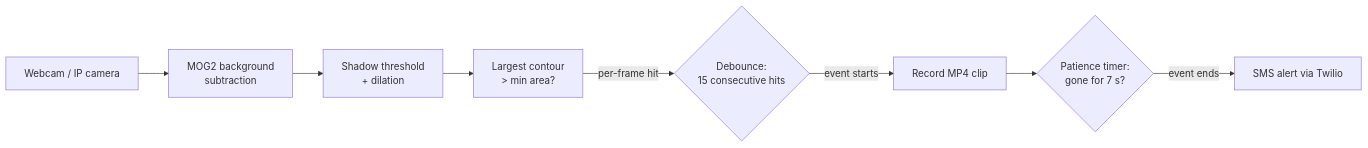
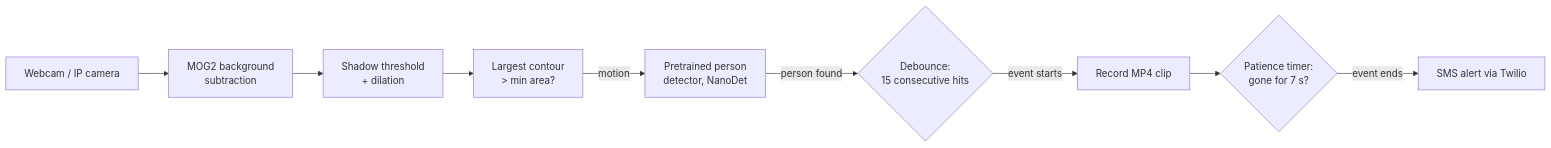
Before and after one commit to kchimbodza/aiss-accessible-vision: the diagram in README.md, drawn with Mermaid. The commit also changed other lines of this file and 17 other files, not shown here.

First line of the commit message:
v2.1: deep-learning person confirmation (NanoDet via OpenCV DNN)

````diff
--- a/README.md
+++ b/README.md
@@ -68,10 +91,11 @@
 ```mermaid
 flowchart LR
     A[Webcam / IP camera] --> B[MOG2 background<br>subtraction]
     B --> C[Shadow threshold<br>+ dilation]
     C --> D[Largest contour<br>&gt; min area?]
-    D -->|per-frame hit| E{Debounce:<br>15 consecutive hits}
+    D -->|motion| P[Pretrained person<br>detector, NanoDet]
+    P -->|person found| E{Debounce:<br>15 consecutive hits}
     E -->|event starts| F[Record MP4 clip]
     F --> G{Patience timer:<br>gone for 7 s?}
     G -->|event ends| H[SMS alert via Twilio]
 ```
````
